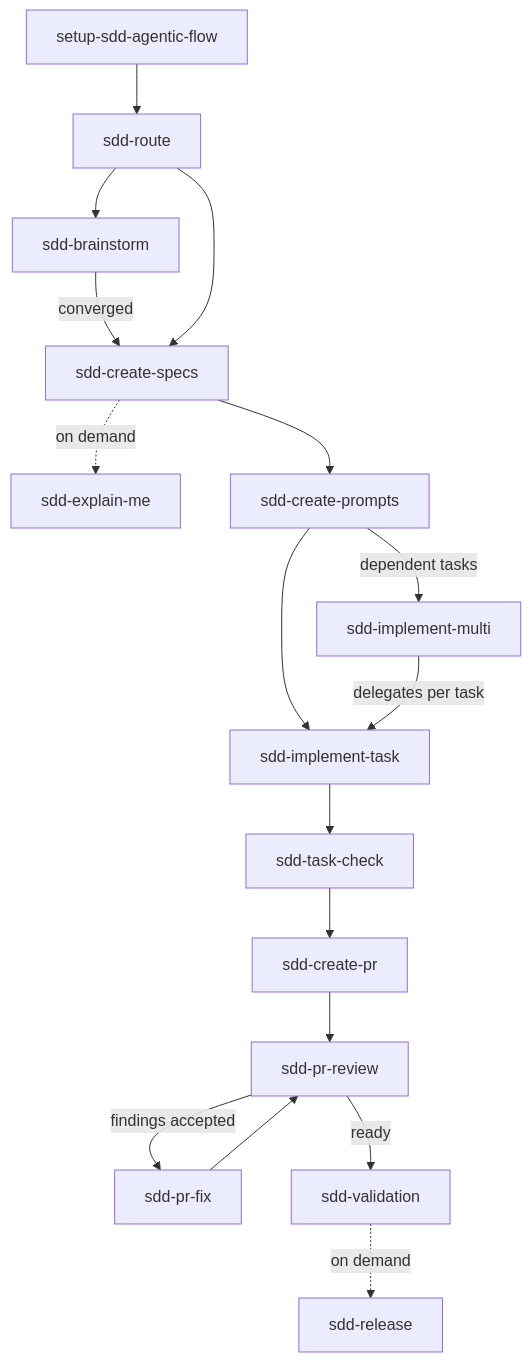
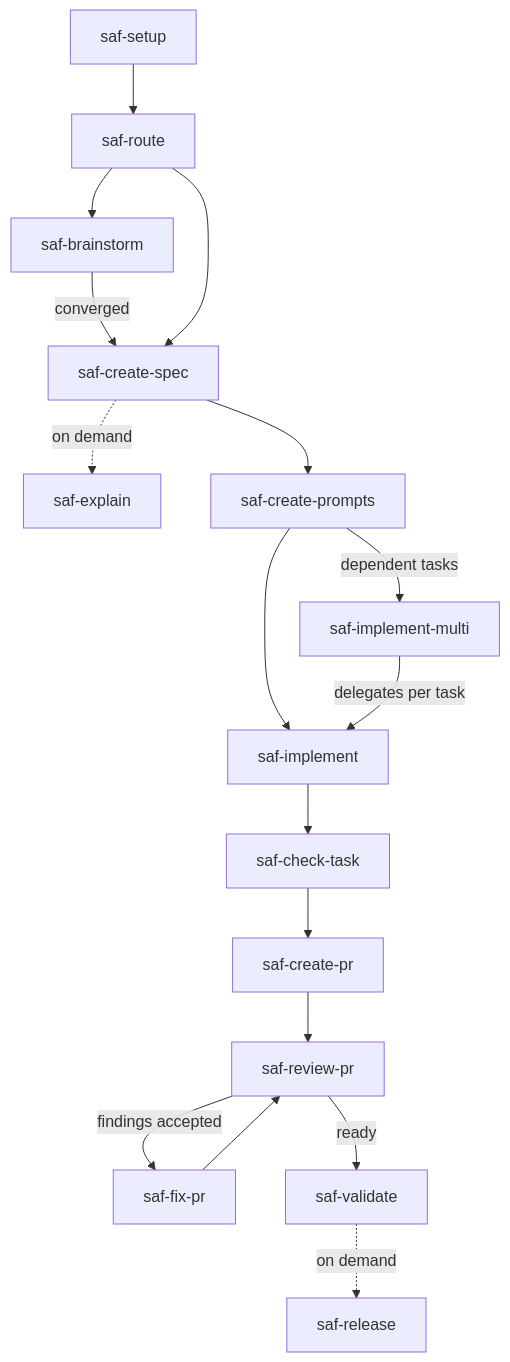
One commit to gmartins-dev/sdd-agentic-flow changed the diagram in README.md. Above: the diagram before and after it, drawn with Mermaid. The commit also changed other lines of this file and 97 other files, not shown here.

````diff
--- a/README.md
+++ b/README.md
@@ -119,19 +119,19 @@
 ```mermaid
 flowchart TD
-  setup[setup-sdd-agentic-flow] --> route[sdd-route]
-  route --> brainstorm[sdd-brainstorm]
-  brainstorm -->|converged| specs[sdd-create-specs]
+  setup[saf-setup] --> route[saf-route]
+  route --> brainstorm[saf-brainstorm]
+  brainstorm -->|converged| specs[saf-create-spec]
   route --> specs
-  specs -.->|on demand| explain[sdd-explain-me]
-  specs --> prompts[sdd-create-prompts]
-  prompts --> implement[sdd-implement-task]
-  prompts -->|dependent tasks| implementmulti[sdd-implement-multi]
+  specs -.->|on demand| explain[saf-explain]
+  specs --> prompts[saf-create-prompts]
+  prompts --> implement[saf-implement]
+  prompts -->|dependent tasks| implementmulti[saf-implement-multi]
   implementmulti -->|delegates per task| implement
-  implement --> check[sdd-task-check]
-  check --> pr[sdd-create-pr]
-  pr --> review[sdd-pr-review]
-  review -->|findings accepted| fix[sdd-pr-fix]
+  implement --> check[saf-check-task]
+  check --> pr[saf-create-pr]
+  pr --> review[saf-review-pr]
+  review -->|findings accepted| fix[saf-fix-pr]
   fix --> review
-  review -->|ready| validate[sdd-validation]
-  validate -.->|on demand| release[sdd-release]
+  review -->|ready| validate[saf-validate]
+  validate -.->|on demand| release[saf-release]
 ```
````
